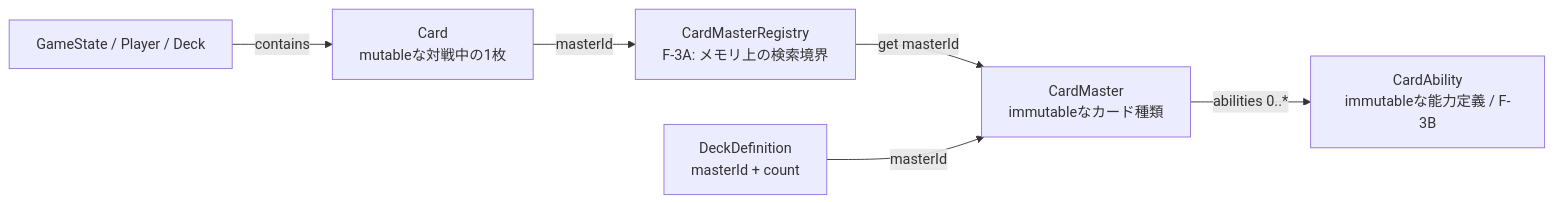
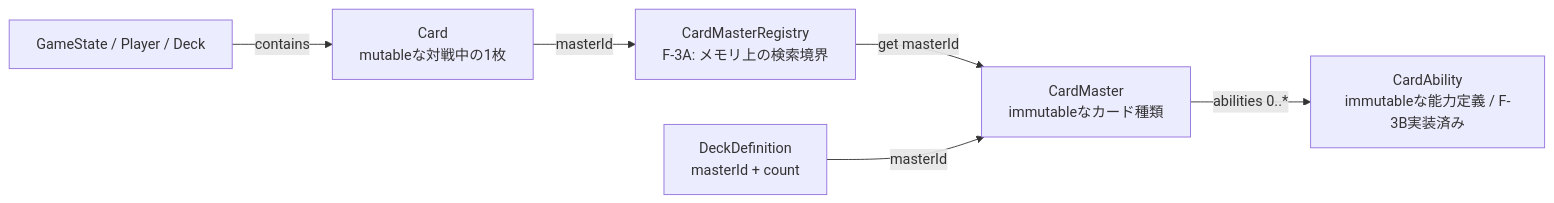
The diagram in docs/１．設計書/エンティティ・オブジェクト一覧.md (YutoSuga/weiss-online), drawn with Mermaid before and after one commit. The commit also changed other lines of this file and 12 other files, not shown here.

Commit message:
Implement Phase F-3B CardAbility data model

````diff
--- a/docs/１．設計書/エンティティ・オブジェクト一覧.md
+++ b/docs/１．設計書/エンティティ・オブジェクト一覧.md
@@ -31,8 +31,8 @@
 ```mermaid
 flowchart LR
   Card["Card<br/>mutableな対戦中の1枚"] -->|masterId| Registry["CardMasterRegistry<br/>F-3A: メモリ上の検索境界"]
   Registry -->|get masterId| Master["CardMaster<br/>immutableなカード種類"]
-  Master -->|abilities 0..*| Ability["CardAbility<br/>immutableな能力定義 / F-3B"]
+  Master -->|abilities 0..*| Ability["CardAbility<br/>immutableな能力定義 / F-3B実装済み"]
   Definition["DeckDefinition<br/>masterId + count"] -->|masterId| Master
   State["GameState / Player / Deck"] -->|contains| Card
 ```
````
